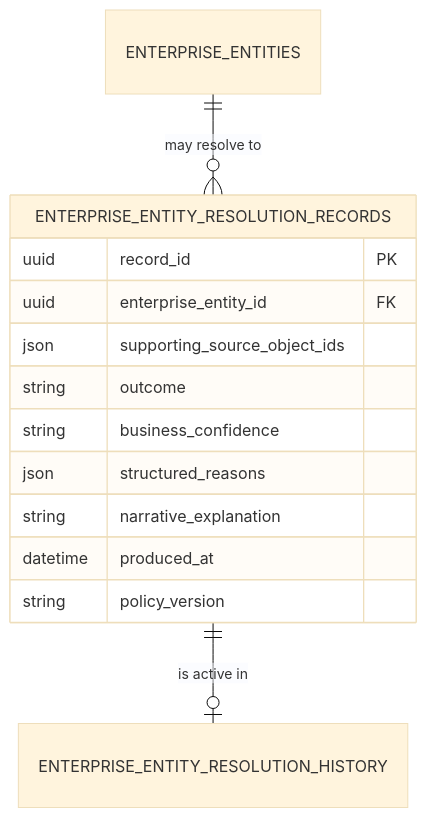
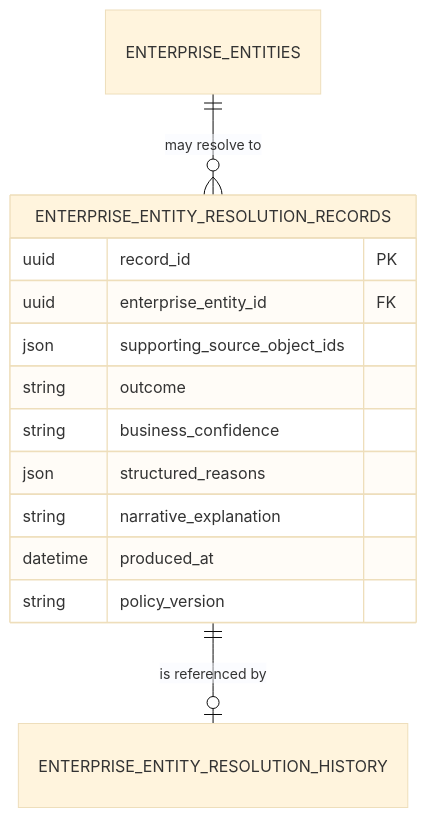
The fourth of 4 diagrams in docs/cdd/CDD-004-DESIGN.md (manoj96-alt/CTEC), drawn with Mermaid (base theme) before and after one commit. The commit also changed other lines of this file and 108 other files, not shown here.

Commit message:
Architecture: reconcile and publish governed baseline

````diff
--- a/docs/cdd/CDD-004-DESIGN.md
+++ b/docs/cdd/CDD-004-DESIGN.md
@@ -53,16 +53,16 @@
 ```mermaid
 erDiagram
   ENTERPRISE_ENTITIES ||--o{ ENTERPRISE_ENTITY_RESOLUTION_RECORDS : "may resolve to"
-  ENTERPRISE_ENTITY_RESOLUTION_RECORDS ||--o| ENTERPRISE_ENTITY_RESOLUTION_HISTORY : "is active in"
+  ENTERPRISE_ENTITY_RESOLUTION_RECORDS ||--o| ENTERPRISE_ENTITY_RESOLUTION_HISTORY : "is referenced by"
   ENTERPRISE_ENTITY_RESOLUTION_RECORDS {
     uuid record_id PK
     uuid enterprise_entity_id FK
     json supporting_source_object_ids
     string outcome
     string business_confidence
     json structured_reasons
     string narrative_explanation
     datetime produced_at
     string policy_version
   }
 ```
````
